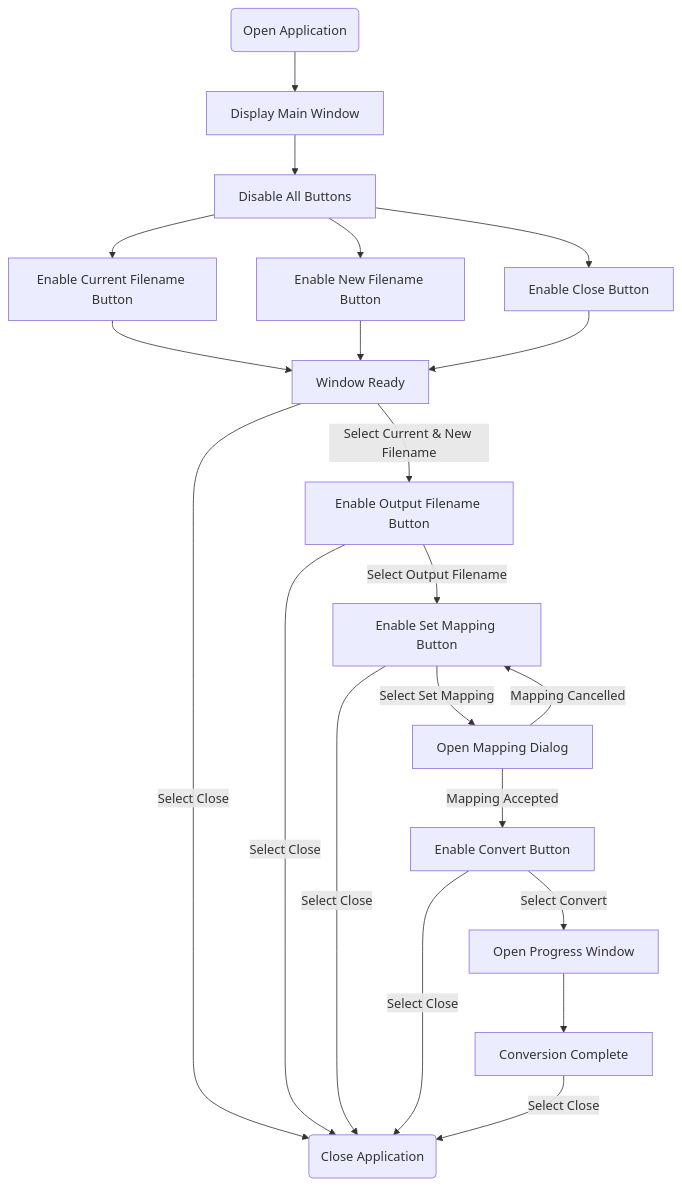
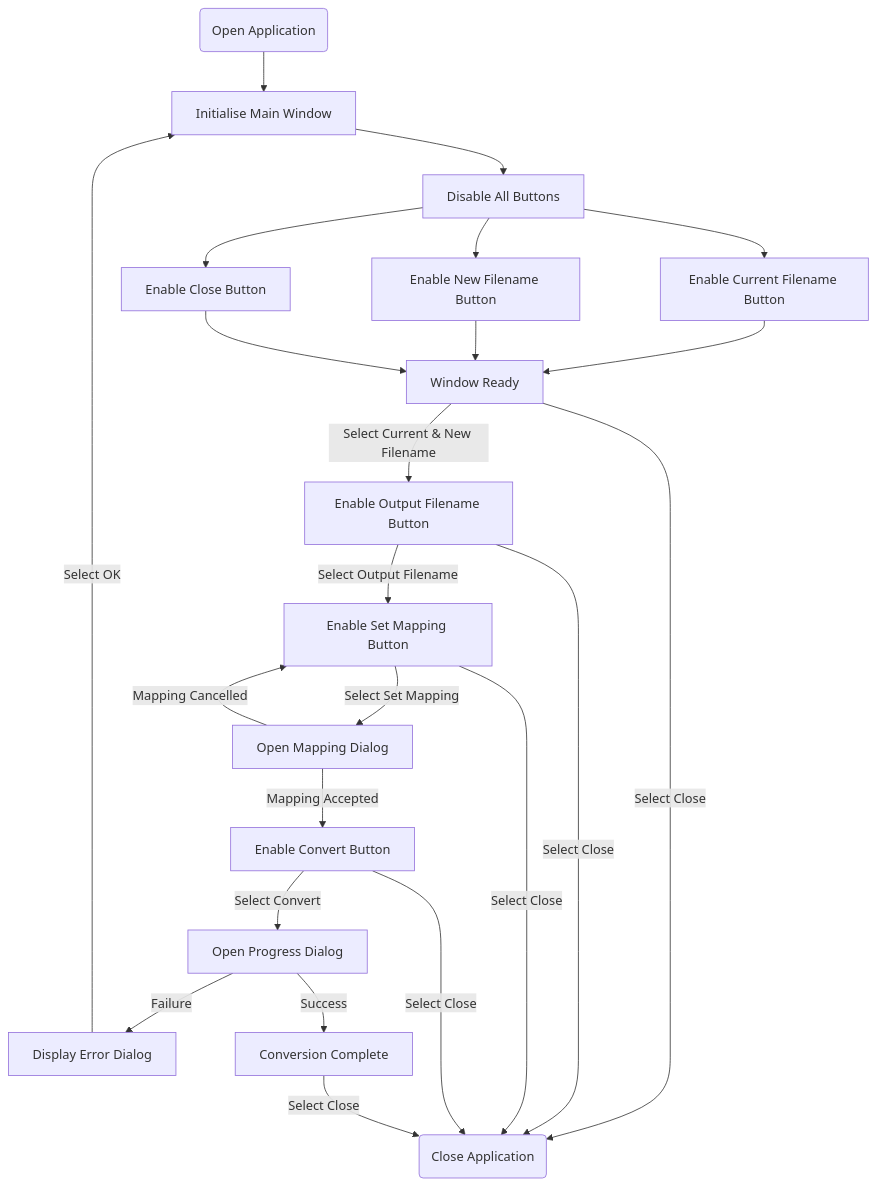
Before and after one commit to schleising/opensky-converter: the diagram in docs/main_window.md, drawn with Mermaid. The commit also changed other lines of this file and 1 other file, not shown here.

````diff
--- a/docs/main_window.md
+++ b/docs/main_window.md
@@ -5,23 +5,25 @@
 ```mermaid
 flowchart TD
-    A(Open Application) --> B[Display Main Window]
+    A(Open Application) --> B[Initialise Main Window]
     B --> C[Disable All Buttons]
     C --> D[Enable Current Filename Button]
     C --> E[Enable New Filename Button]
     C --> F[Enable Close Button]
     D --> G[Window Ready]
     E --> G
     F --> G
     G -->|Select Current & New Filename| H[Enable Output Filename Button]
     H -->|Select Output Filename| I[Enable Set Mapping Button]
     I -->|Select Set Mapping| J[Open Mapping Dialog]
     J -->|Mapping Cancelled| I
     J -->|Mapping Accepted| K[Enable Convert Button]
-    K -->|Select Convert| L[Open Progress Window]
-    L --> M[Conversion Complete]
+    K -->|Select Convert| L[Open Progress Dialog]
+    L -->|Failure| O[Display Error Dialog]
+    O -->|Select OK| B
+    L -->|Success| M[Conversion Complete]
     G -->|Select Close| N(Close Application)
     H -->|Select Close| N(Close Application)
     I -->|Select Close| N(Close Application)
     K -->|Select Close| N(Close Application)
     M -->|Select Close| N(Close Application)
 ```
````
